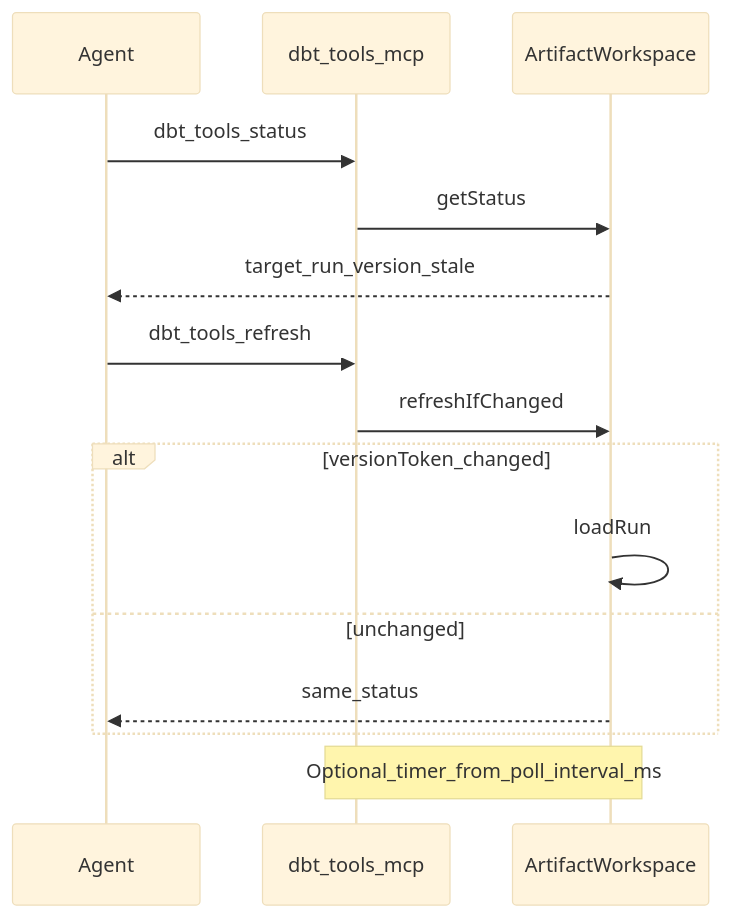
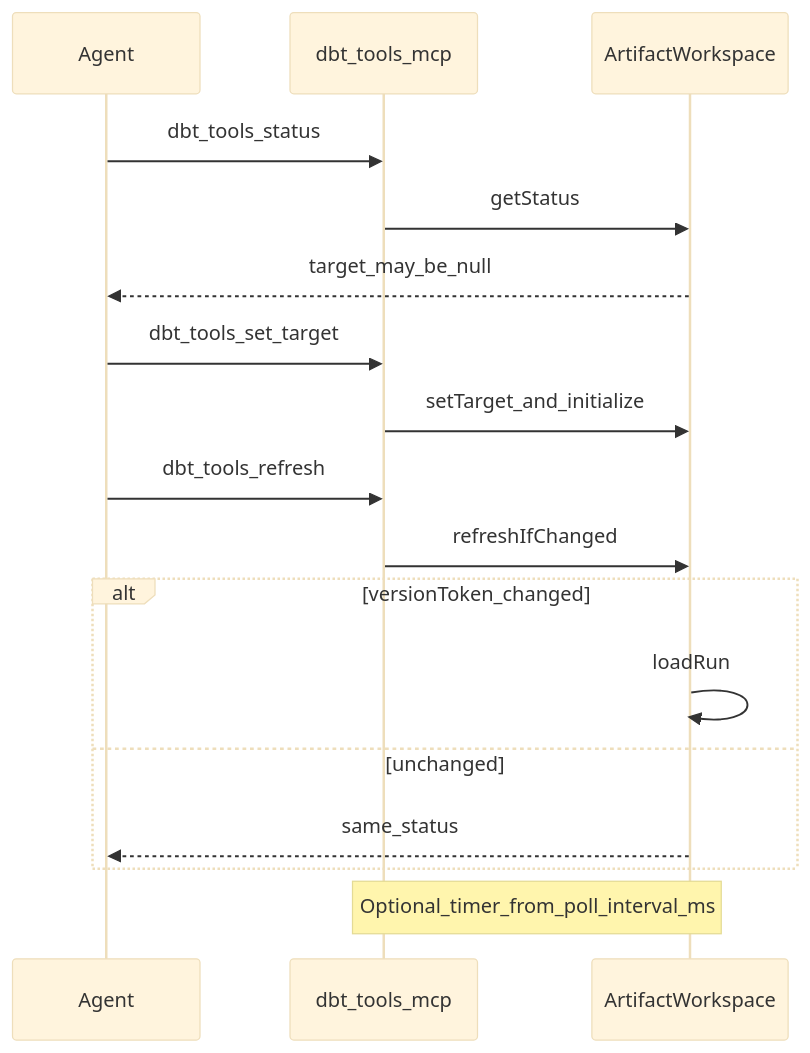
Before and after one commit to yu-iskw/dbt-tools-ts: the diagram in packages/mcp/REFERENCE.md, drawn with Mermaid (base theme). The commit also changed other lines of this file and 546 other files, not shown here.

````diff
--- a/packages/mcp/REFERENCE.md
+++ b/packages/mcp/REFERENCE.md
@@ -148,17 +147,19 @@
 ```mermaid
 sequenceDiagram
   participant Agent
   participant MCP as dbt_tools_mcp
   participant WS as ArtifactWorkspace
   Agent->>MCP: dbt_tools_status
   MCP->>WS: getStatus
-  WS-->>Agent: target_run_version_stale
+  WS-->>Agent: target_may_be_null
+  Agent->>MCP: dbt_tools_set_target
+  MCP->>WS: setTarget_and_initialize
   Agent->>MCP: dbt_tools_refresh
   MCP->>WS: refreshIfChanged
   alt versionToken_changed
     WS->>WS: loadRun
   else unchanged
     WS-->>Agent: same_status
   end
   Note over MCP,WS: Optional_timer_from_poll_interval_ms
 ```
````
